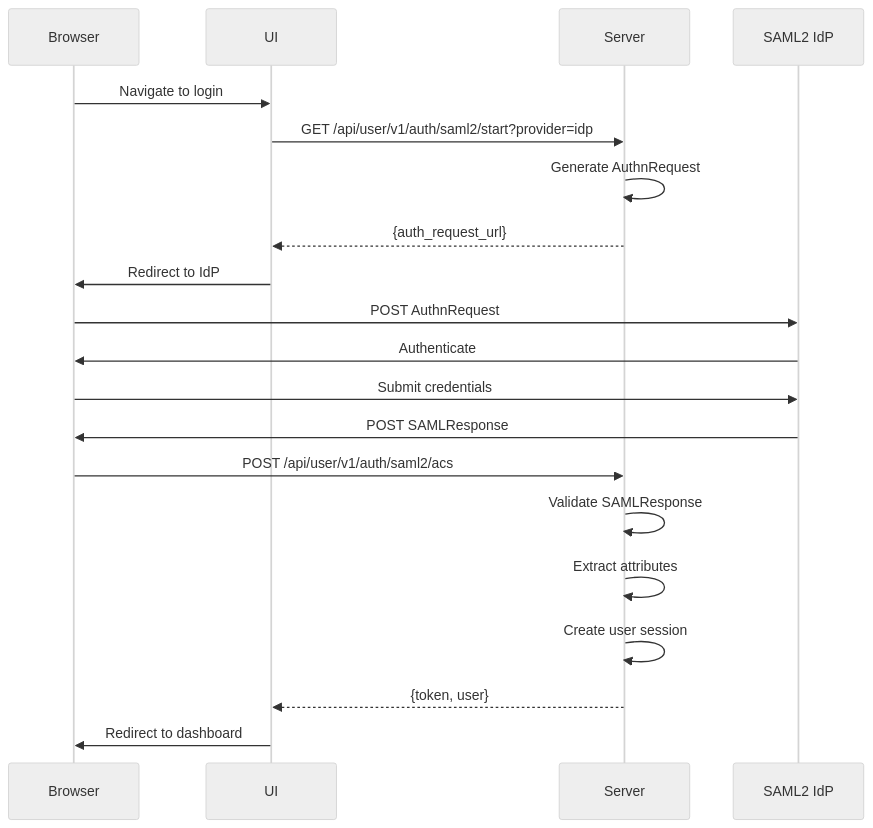
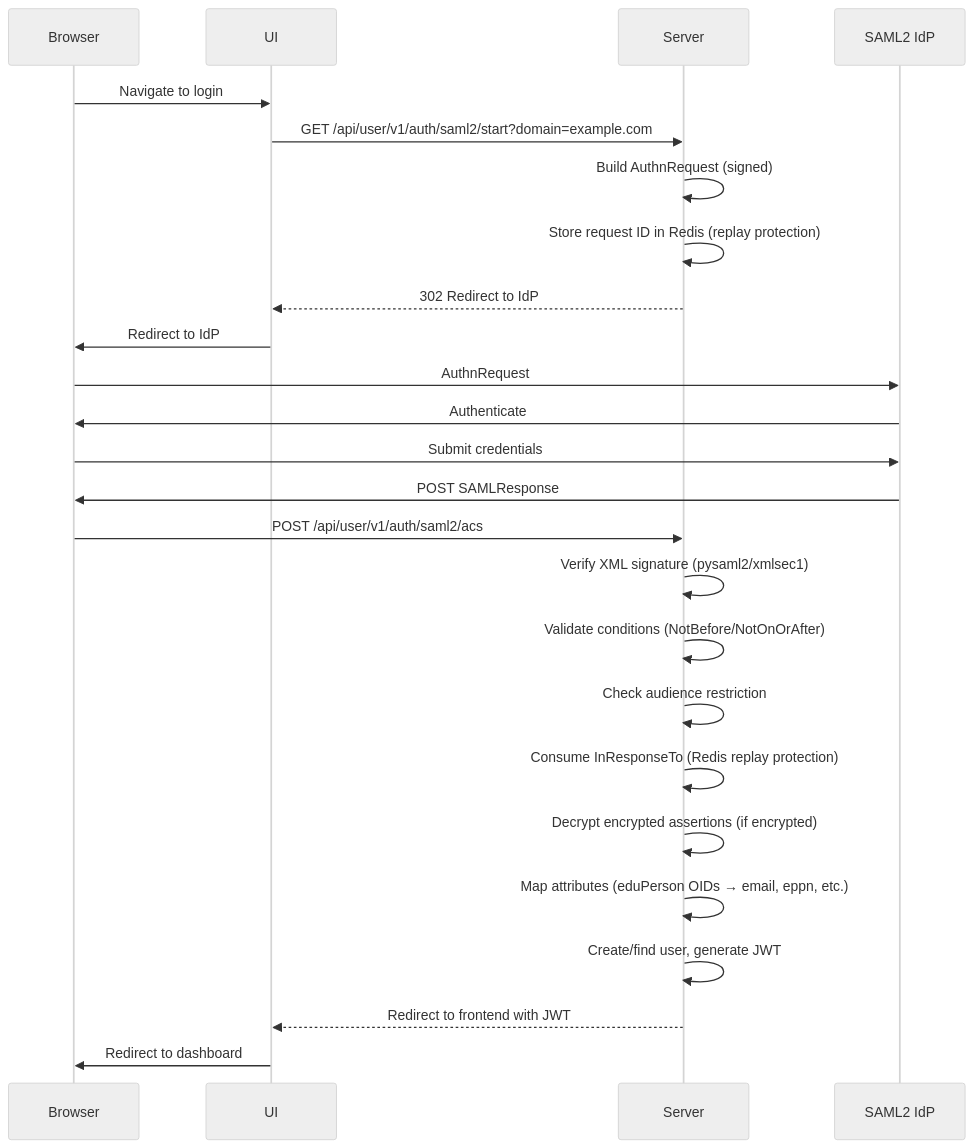
One commit to tobias-weiss-ai-xr/SOGo6-dockerized changed the fourth of 14 diagrams in .openspec/specs/authentication.spec.md. Above: the diagram before and after it, drawn with Mermaid (neutral theme). The commit also changed other lines of this file and 15 other files, not shown here.

````diff
--- a/.openspec/specs/authentication.spec.md
+++ b/.openspec/specs/authentication.spec.md
@@ -253,23 +312,28 @@
 ```mermaid
 sequenceDiagram
     participant User as Browser
     participant UI
     participant Server
     participant IdP as SAML2 IdP
     
     User->>UI: Navigate to login
-    UI->>Server: GET /api/user/v1/auth/saml2/start?provider=idp
-    Server->>Server: Generate AuthnRequest
-    Server-->>UI: {auth_request_url}
+    UI->>Server: GET /api/user/v1/auth/saml2/start?domain=example.com
+    Server->>Server: Build AuthnRequest (signed)
+    Server->>Server: Store request ID in Redis (replay protection)
+    Server-->>UI: 302 Redirect to IdP
     UI->>User: Redirect to IdP
-    User->>IdP: POST AuthnRequest
+    User->>IdP: AuthnRequest
     IdP->>User: Authenticate
     User->>IdP: Submit credentials
     IdP->>User: POST SAMLResponse
     User->>Server: POST /api/user/v1/auth/saml2/acs
-    Server->>Server: Validate SAMLResponse
-    Server->>Server: Extract attributes
-    Server->>Server: Create user session
-    Server-->>UI: {token, user}
+    Server->>Server: Verify XML signature (pysaml2/xmlsec1)
+    Server->>Server: Validate conditions (NotBefore/NotOnOrAfter)
+    Server->>Server: Check audience restriction
+    Server->>Server: Consume InResponseTo (Redis replay protection)
+    Server->>Server: Decrypt encrypted assertions (if encrypted)
+    Server->>Server: Map attributes (eduPerson OIDs → email, eppn, etc.)
+    Server->>Server: Create/find user, generate JWT
+    Server-->>UI: Redirect to frontend with JWT
     UI->>User: Redirect to dashboard
 ```
````
